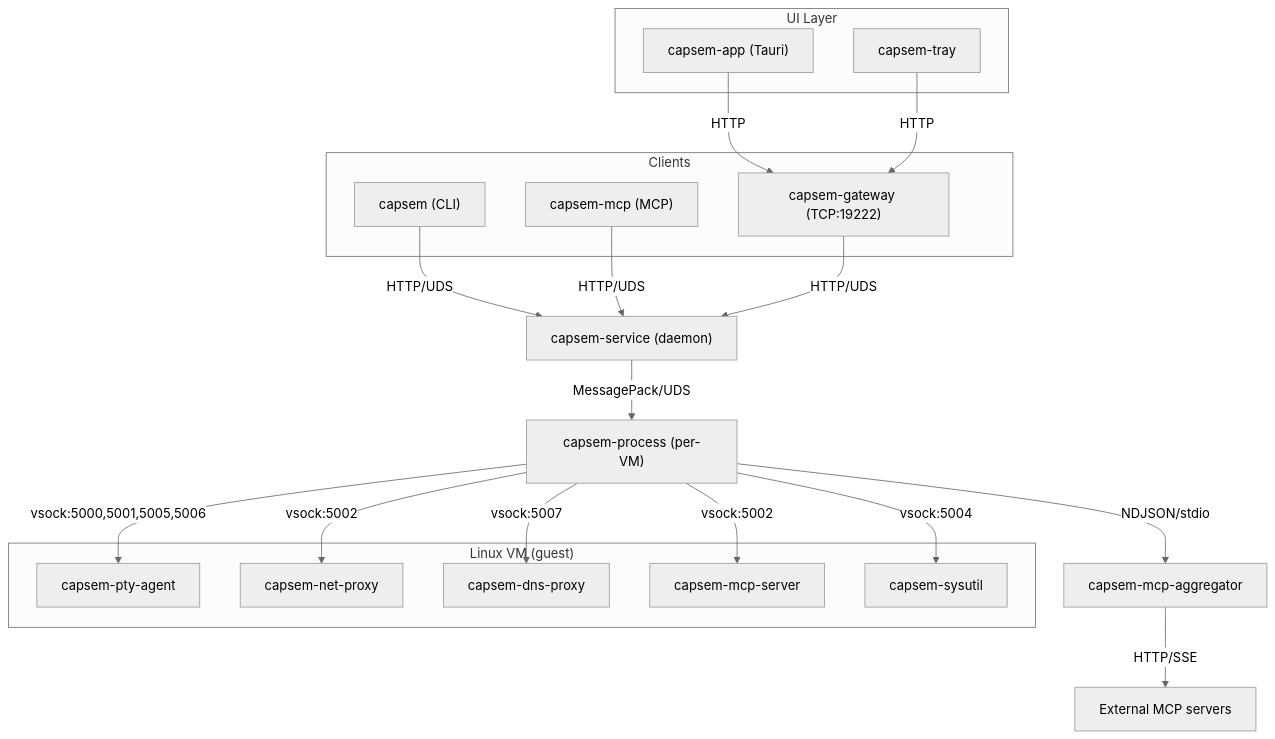
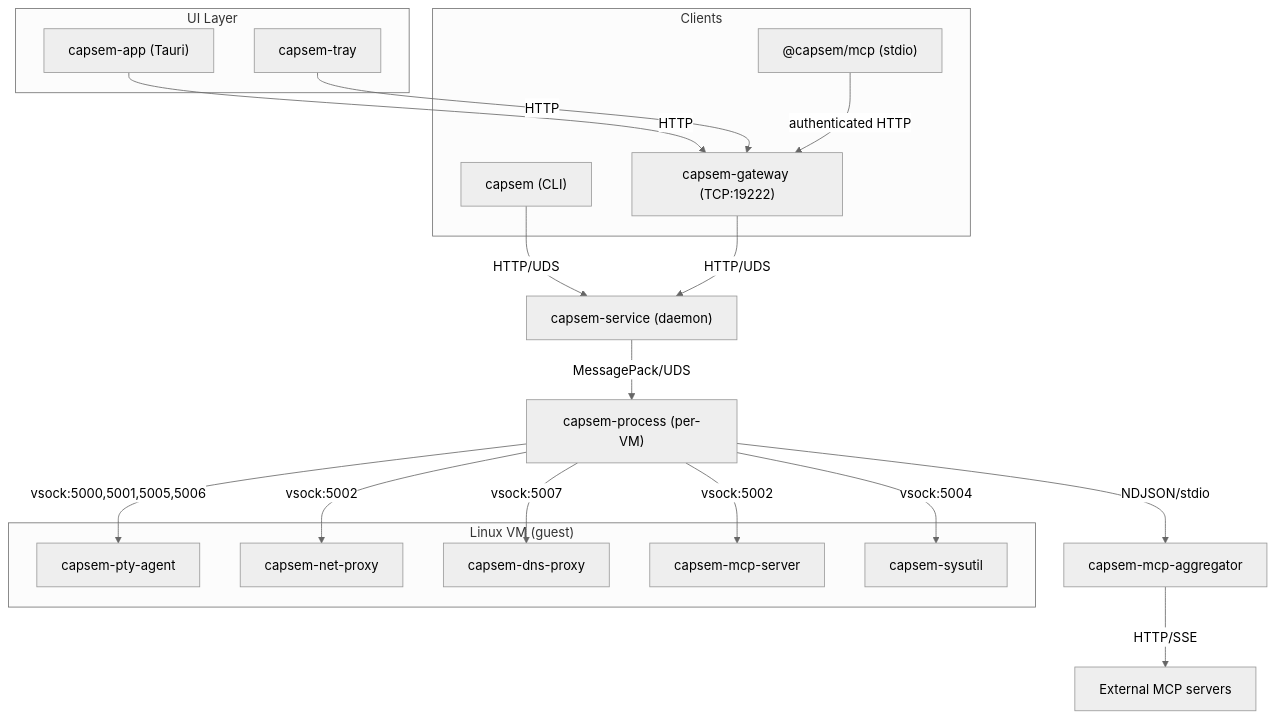
The diagram in web/docs/src/content/docs/architecture/service-architecture.md (google/capsem), drawn with Mermaid (neutral theme) before and after one commit. The commit also changed other lines of this file and 20 other files, not shown here.

````diff
--- a/web/docs/src/content/docs/architecture/service-architecture.md
+++ b/web/docs/src/content/docs/architecture/service-architecture.md
@@ -43,41 +45,41 @@
 ```mermaid
 graph TD
     subgraph Clients
         CLI["capsem (CLI)"]
-        MCP["capsem-mcp (MCP)"]
+        MCP["@capsem/mcp (stdio)"]
         GW["capsem-gateway (TCP:19222)"]
     end
 
     subgraph "UI Layer"
         APP["capsem-app (Tauri)"]
         TRAY["capsem-tray"]
     end
 
     APP -->|HTTP| GW
     TRAY -->|HTTP| GW
 
     CLI -->|HTTP/UDS| SVC
-    MCP -->|HTTP/UDS| SVC
+    MCP -->|"authenticated HTTP"| GW
     GW -->|HTTP/UDS| SVC
 
     SVC["capsem-service (daemon)"]
 
     SVC -->|"MessagePack/UDS"| PROC["capsem-process (per-VM)"]
 
     PROC -->|"NDJSON/stdio"| AGG["capsem-mcp-aggregator"]
     AGG -->|"HTTP/SSE"| EXT["External MCP servers"]
 
     subgraph "Linux VM (guest)"
         AGENT["capsem-pty-agent"]
         NETPROXY["capsem-net-proxy"]
         DNSPROXY["capsem-dns-proxy"]
         MCPGW["capsem-mcp-server"]
         SYSUTIL["capsem-sysutil"]
     end
 
     PROC -->|"vsock:5000,5001,5005,5006"| AGENT
     PROC -->|"vsock:5002"| NETPROXY
     PROC -->|"vsock:5007"| DNSPROXY
     PROC -->|"vsock:5002"| MCPGW
     PROC -->|"vsock:5004"| SYSUTIL
 ```
````
